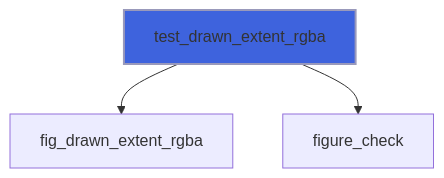
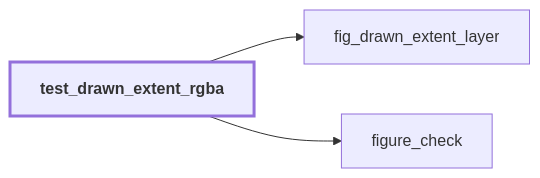
The tenth of 57 diagrams in docs/api/src/lib/figure_testing.md (szaghi/figure), drawn with Mermaid before and after one commit. The commit also changed other lines of this file and 54 other files, not shown here.

````diff
--- a/docs/api/src/lib/figure_testing.md
+++ b/docs/api/src/lib/figure_testing.md
@@ -328,6 +405,9 @@
 ```mermaid
-flowchart TD
-  test_drawn_extent_rgba["test_drawn_extent_rgba"] --> fig_drawn_extent_rgba["fig_drawn_extent_rgba"]
+flowchart LR
+  test_drawn_extent_rgba["test_drawn_extent_rgba"] --> fig_drawn_extent_layer["fig_drawn_extent_layer"]
   test_drawn_extent_rgba["test_drawn_extent_rgba"] --> figure_check["figure_check"]
-  style test_drawn_extent_rgba fill:#3e63dd,stroke:#99b,stroke-width:2px
+  classDef focus stroke-width:3px,font-weight:bold
+  class test_drawn_extent_rgba focus
+  click figure_check href "figure_base.html#figure-check" "figure_check"
+  click fig_drawn_extent_layer href "figure_c_native.html#fig-drawn-extent-layer" "fig_drawn_extent_layer"
 ```
````
